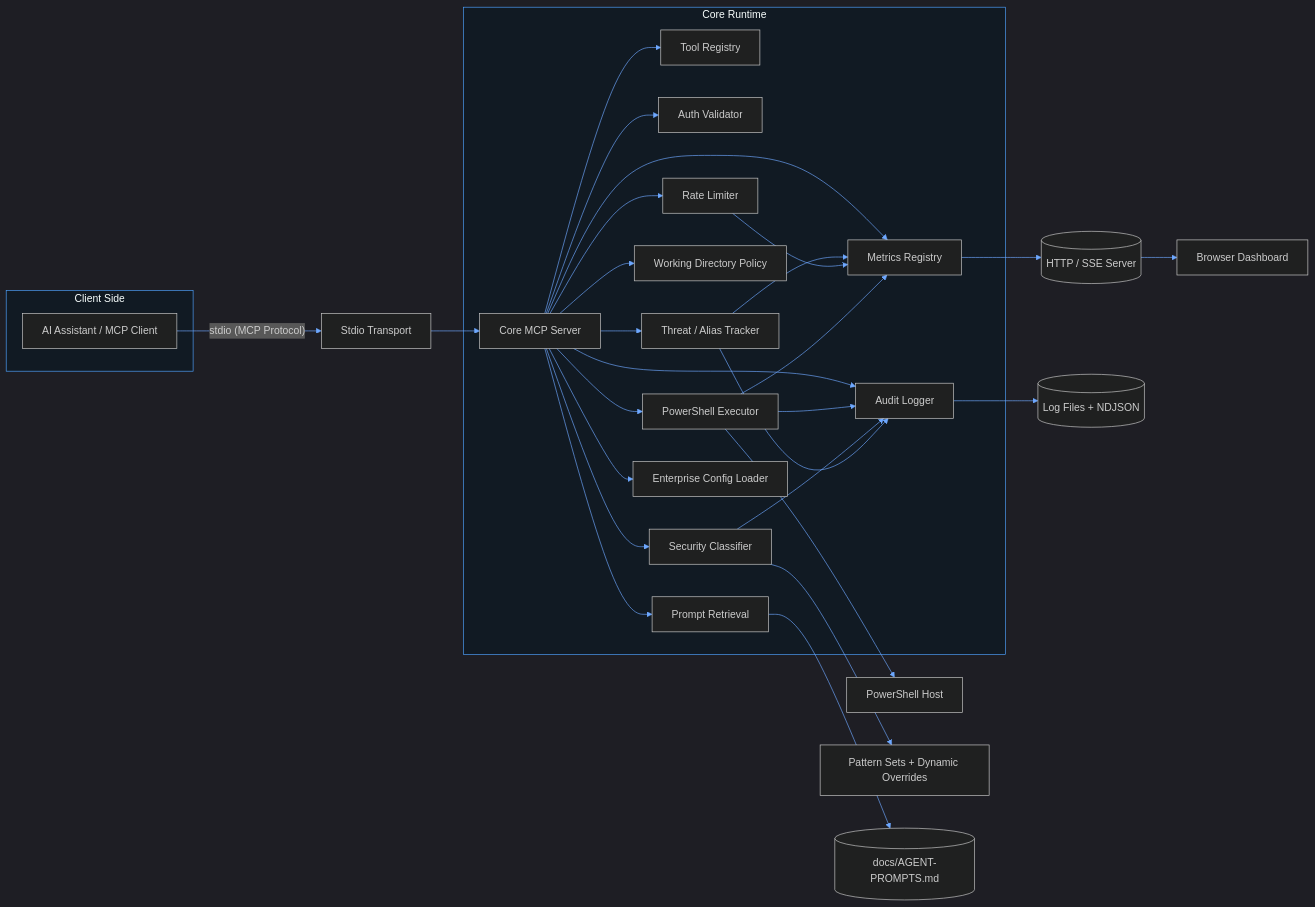
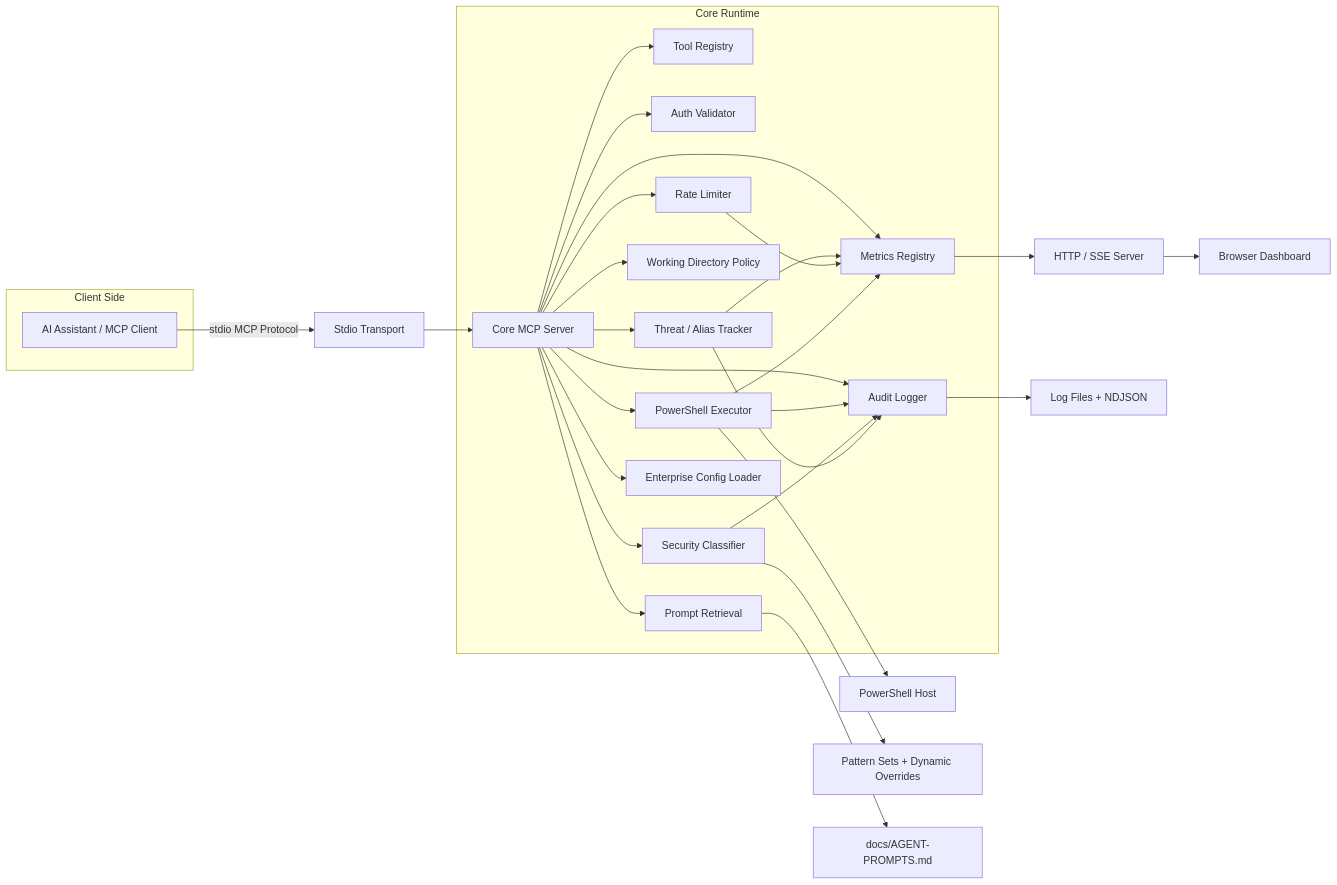
One commit to jagilber-org/powershell-mcp-server changed the first of 11 diagrams in docs/ARCHITECTURE.md. Above: the diagram before and after it, drawn with Mermaid. The commit also changed other lines of this file and 52 other files, not shown here.

````diff
--- a/docs/ARCHITECTURE.md
+++ b/docs/ARCHITECTURE.md
@@ -9,37 +9,35 @@
 ```mermaid
-%%{init: {'theme':'dark','themeVariables': { 'primaryColor': '#1e2730','primaryTextColor':'#e6f1ff','primaryBorderColor':'#4fa3ff','lineColor':'#6ea8ff','secondaryColor':'#2a3542','tertiaryColor':'#16202a','nodeTextColor':'#e6f1ff','clusterBkg':'#111a23','clusterBorder':'#4fa3ff','noteBkgColor':'#2d3640','noteTextColor':'#e6f1ff','fontFamily':'Segoe UI,Inter,Arial'}}}%%
 flowchart LR
     subgraph Client Side
         A[AI Assistant / MCP Client]
     end
-    A -- stdio (MCP Protocol) --> T[Stdio Transport]
+    A -- stdio MCP Protocol --> T[Stdio Transport]
     T --> C[Core MCP Server]
 
     subgraph Core Runtime
         C --> TOOLREG[Tool Registry]
         C --> AUTH[Auth Validator]
         C --> RL[Rate Limiter]
         C --> SEC[Security Classifier]
         C --> WD[Working Directory Policy]
         C --> EXEC[PowerShell Executor]
         C --> LOG[Audit Logger]
         C --> THREAT[Threat / Alias Tracker]
-    C --> METRICS[Metrics Registry]
+        C --> METRICS[Metrics Registry]
         C --> PROMPTS[Prompt Retrieval]
         C --> CONFIG[Enterprise Config Loader]
     end
 
     EXEC --> PS[PowerShell Host]
     SEC --> PATTERNS[Pattern Sets + Dynamic Overrides]
-    METRICS --> HTTP[(HTTP / SSE Server)]
-    %% (Removed outdated Git Tool Surface node – git commands are handled through Security Classifier + PowerShell Executor, no dedicated git tools exposed)
+    METRICS --> HTTP[HTTP / SSE Server]
     HTTP --> DASH[Browser Dashboard]
-    LOG --> FILES[(Log Files + NDJSON)]
+    LOG --> FILES[Log Files + NDJSON]
     THREAT --> METRICS
     RL --> METRICS
     EXEC --> METRICS
     EXEC --> LOG
     SEC --> LOG
     THREAT --> LOG
-    PROMPTS --> FILEPROMPTS[(docs/AGENT-PROMPTS.md)]
+    PROMPTS --> FILEPROMPTS[docs/AGENT-PROMPTS.md]
 ```
````
